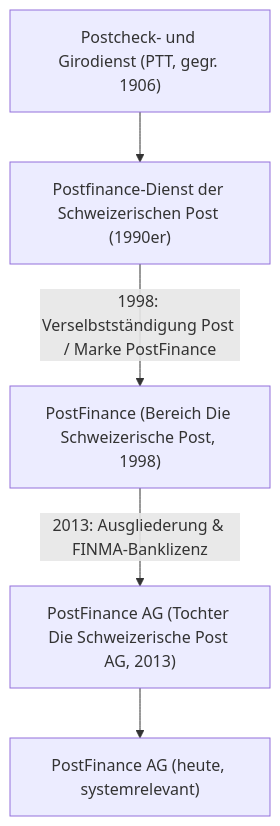
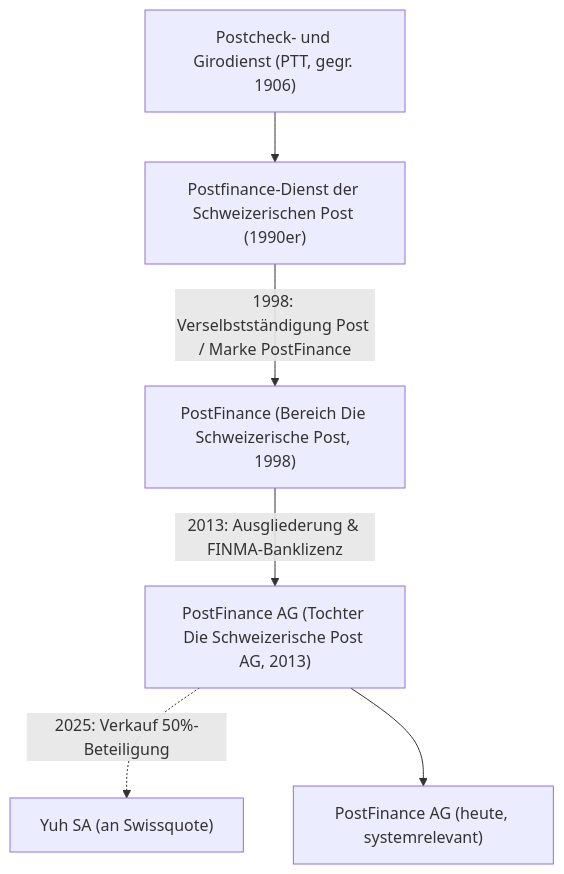
Before and after one commit to chatelao/xkb-geschaeftsbereichte-analysen: the diagram in banks/postfinance/reports/10_fusionsbaum_und_historie.md, drawn with Mermaid. The commit also changed other lines of this file and 5 other files, not shown here.

````diff
--- a/banks/postfinance/reports/10_fusionsbaum_und_historie.md
+++ b/banks/postfinance/reports/10_fusionsbaum_und_historie.md
@@ -9,7 +9,8 @@
 ```mermaid
 flowchart TD
     PTT1906["Postcheck- und Girodienst (PTT, gegr. 1906)"] --> PTT90["Postfinance-Dienst der Schweizerischen Post (1990er)"]
     PTT90 -->|"1998: Verselbstständigung Post / Marke PostFinance"| PF98["PostFinance (Bereich Die Schweizerische Post, 1998)"]
     PF98 -->|"2013: Ausgliederung & FINMA-Banklizenz"| PF13["PostFinance AG (Tochter Die Schweizerische Post AG, 2013)"]
+    PF13 -.->|"2025: Verkauf 50%-Beteiligung"| YUH["Yuh SA (an Swissquote)"]
     PF13 --> PF["PostFinance AG (heute, systemrelevant)"]
 ```
````
